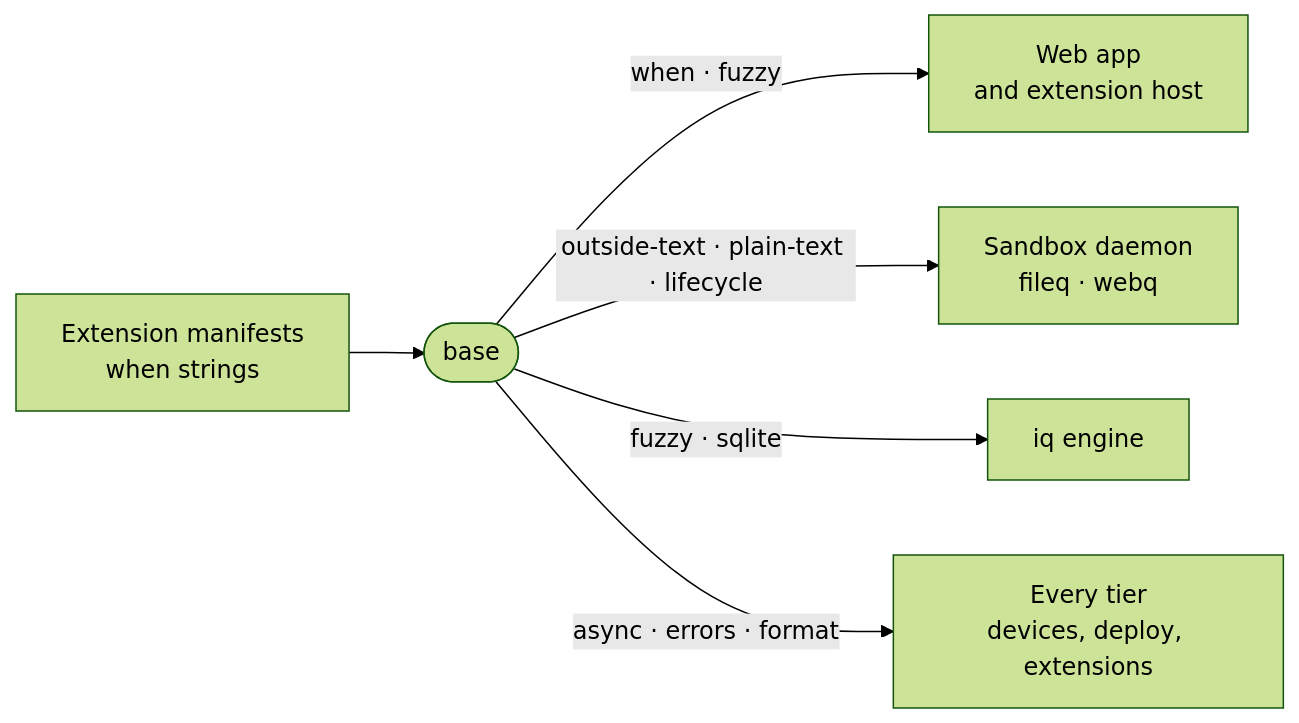
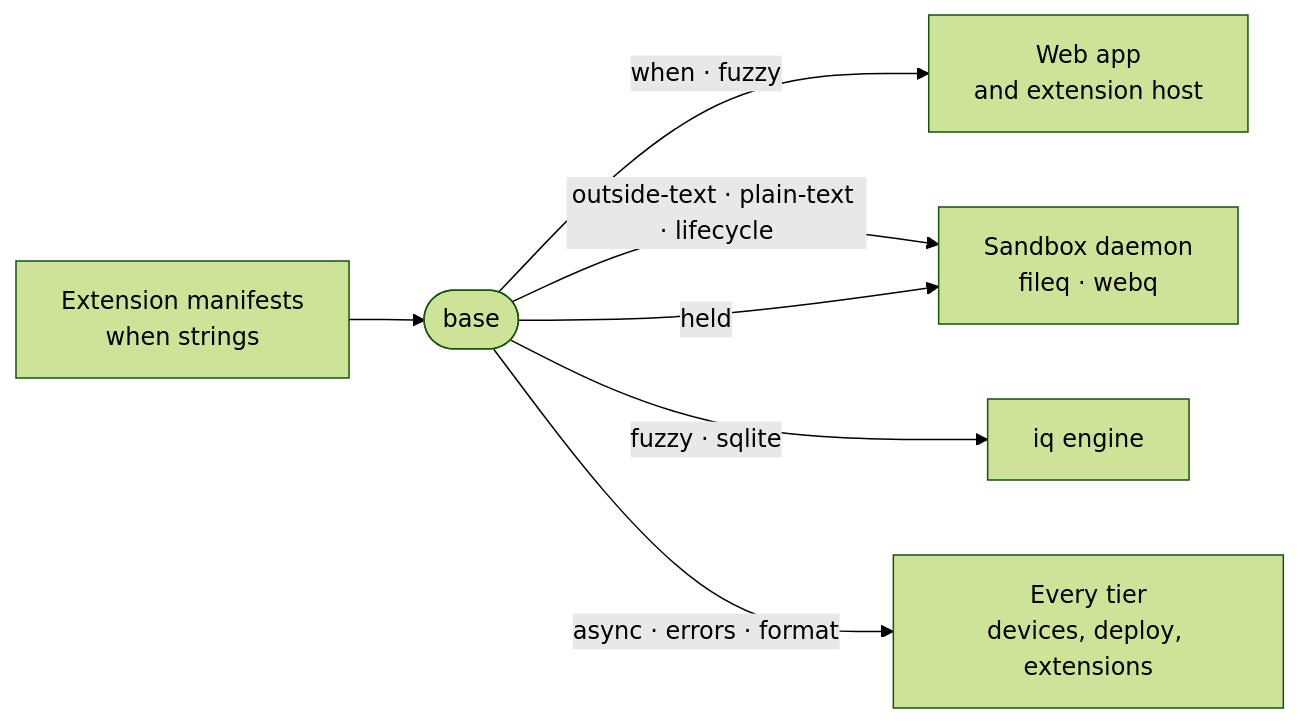
One commit to intentic/intentic changed the diagram in _tools/base/README.md. Above: the diagram before and after it, drawn with Mermaid (forest theme). The commit also changed other lines of this file and 32 other files, not shown here.

Commit message:
feat(base): add held and freshness, count-cache, and findingCounts on land

````diff
--- a/_tools/base/README.md
+++ b/_tools/base/README.md
@@ -5,8 +5,9 @@
 ```mermaid
 flowchart LR
     manifest["Extension manifests<br/>when strings"] --> base(["base"])
     base -->|"when · fuzzy"| web["Web app<br/>and extension host"]
     base -->|"outside-text · plain-text · lifecycle"| daemon["Sandbox daemon<br/>fileq · webq"]
     base -->|"fuzzy · sqlite"| iq["iq engine"]
     base -->|"async · errors · format"| rest["Every tier<br/>devices, deploy, extensions"]
+    base -->|"held"| daemon
 ```
````
